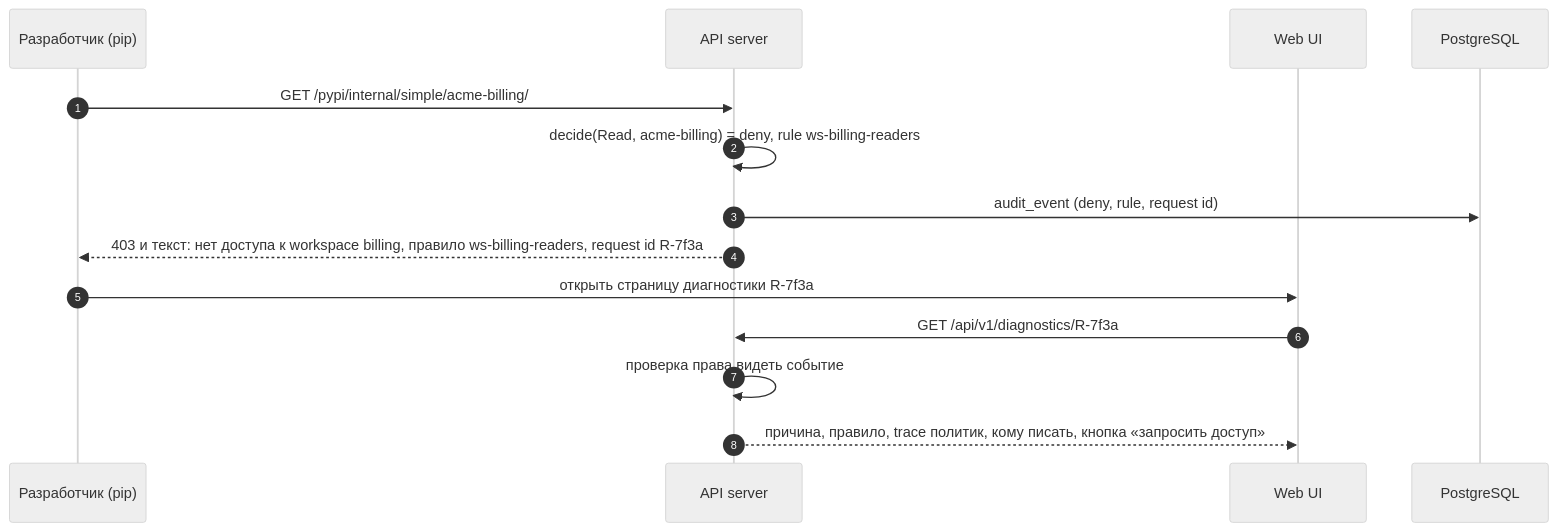
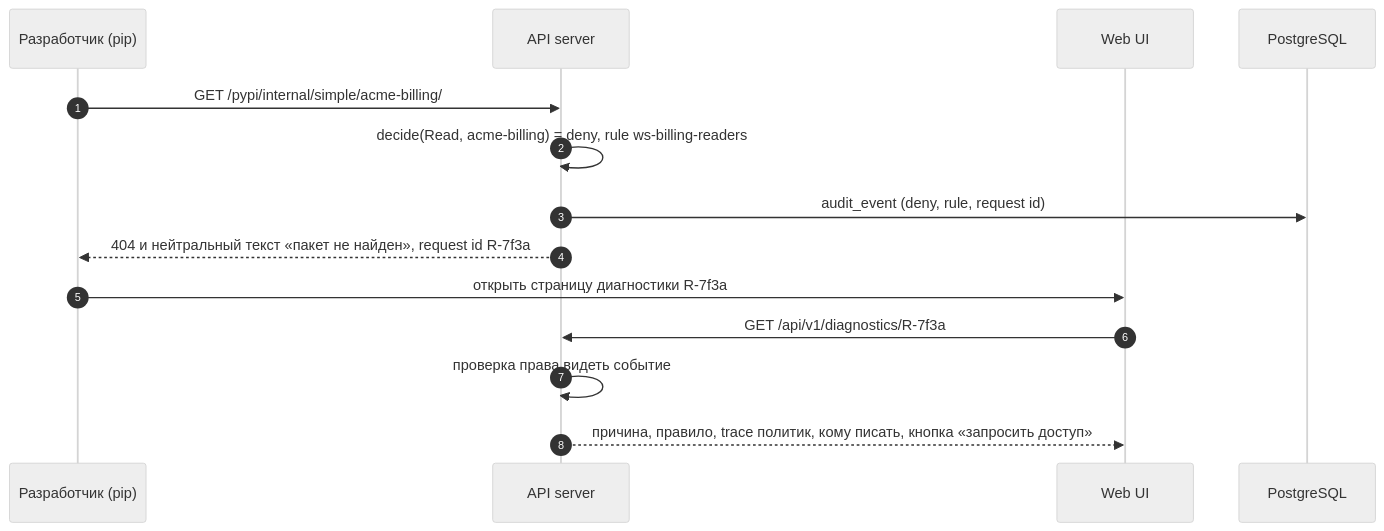
One commit to izevg/CRANE changed the third of 7 diagrams in docs/product/12-sequence-diagrams.md. Above: the diagram before and after it, drawn with Mermaid (neutral theme). The commit also changed other lines of this file and 21 other files, not shown here.

````diff
--- a/docs/product/12-sequence-diagrams.md
+++ b/docs/product/12-sequence-diagrams.md
@@ -66,16 +66,16 @@
 ```mermaid
 sequenceDiagram
   autonumber
   participant D as Разработчик (pip)
   participant A as API server
   participant UI as Web UI
   participant P as PostgreSQL
   D->>A: GET /pypi/internal/simple/acme-billing/
   A->>A: decide(Read, acme-billing) = deny, rule ws-billing-readers
   A->>P: audit_event (deny, rule, request id)
-  A-->>D: 403 и текст: нет доступа к workspace billing, правило ws-billing-readers, request id R-7f3a
+  A-->>D: 404 и нейтральный текст «пакет не найден», request id R-7f3a
   D->>UI: открыть страницу диагностики R-7f3a
   UI->>A: GET /api/v1/diagnostics/R-7f3a
   A->>A: проверка права видеть событие
   A-->>UI: причина, правило, trace политик, кому писать, кнопка «запросить доступ»
 ```
````
